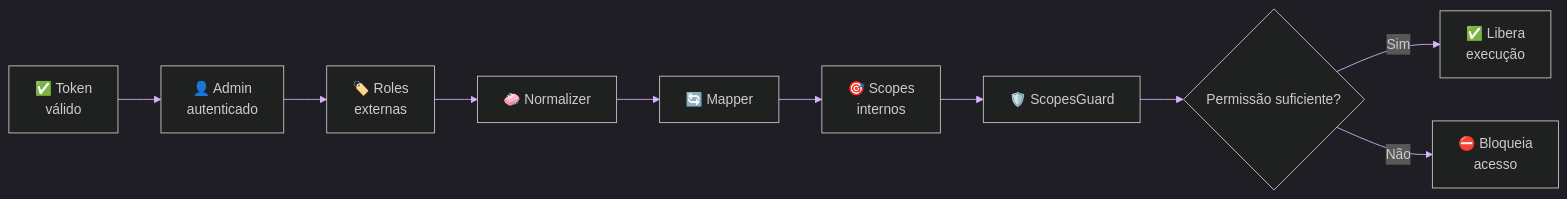
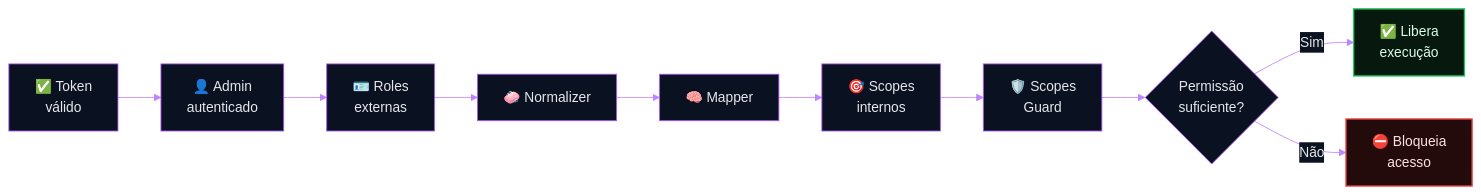
Before and after one commit to matheusdiamantino-betalent/IA: the sixth of 10 diagrams in RFC-0001-Auth.md, drawn with Mermaid. The commit also changed other lines of this file, not shown here.

````diff
--- a/RFC-0001-Auth.md
+++ b/RFC-0001-Auth.md
@@ -520,23 +516,25 @@
 ```mermaid
-%%{init: {'theme':'dark','themeVariables': {
+%%{init: {'theme':'base','themeVariables': {
   'background':'#020617',
-  'primaryColor':'#0f172a',
-  'primaryTextColor':'#e2e8f0',
-  'primaryBorderColor':'#c084fc',
-  'lineColor':'#d8b4fe',
-  'secondaryColor':'#111827',
-  'tertiaryColor':'#1e293b',
-  'fontFamily':'Inter, Segoe UI, Arial',
-  'fontSize':'16px'
+  'primaryColor':'#0a1120',
+  'primaryTextColor':'#e5e7eb',
+  'primaryBorderColor':'#a855f7',
+  'lineColor':'#c084fc',
+  'secondaryColor':'#0b1220',
+  'tertiaryColor':'#111827',
+  'fontFamily':'Inter, Segoe UI, Arial'
 }}}%%
 flowchart LR
     A["✅ Token<br/>válido"] --> B["👤 Admin<br/>autenticado"]
-    B --> C["🏷️ Roles<br/>externas"]
+    B --> C["🪪 Roles<br/>externas"]
     C --> D["🧼 Normalizer"]
-    D --> E["🔄 Mapper"]
+    D --> E["🧠 Mapper"]
     E --> F["🎯 Scopes<br/>internos"]
-    F --> G["🛡️ ScopesGuard"]
-    G --> H{"Permissão suficiente?"}
+    F --> G["🛡️ Scopes<br/>Guard"]
+    G --> H{"Permissão<br/>suficiente?"}
     H -- "Sim" --> I["✅ Libera<br/>execução"]
     H -- "Não" --> J["⛔ Bloqueia<br/>acesso"]
+
+    style I fill:#07190f,stroke:#22c55e,stroke-width:1.6px,color:#dcfce7
+    style J fill:#240b0b,stroke:#ef4444,stroke-width:1.6px,color:#fee2e2
 ```
````
